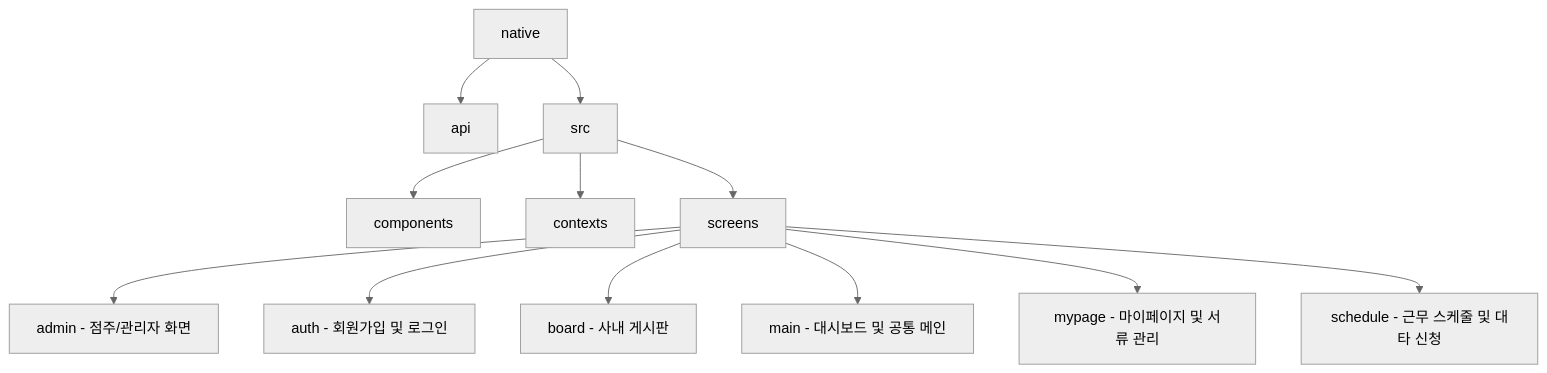
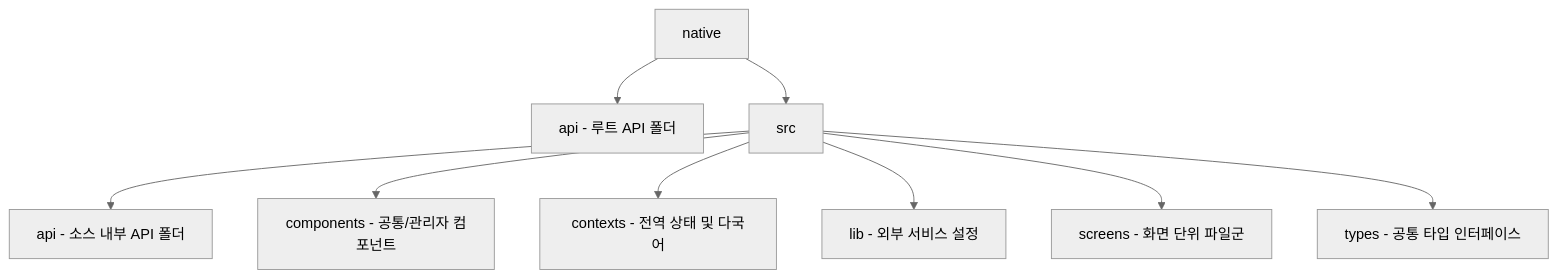
Before and after one commit to kkmin20200331-max/Team-CAL-: the diagram in native/SCREENS.md, drawn with Mermaid (neutral theme). The commit also changed other lines of this file and 1 other file, not shown here.

````diff
--- a/native/SCREENS.md
+++ b/native/SCREENS.md
@@ -9,15 +9,11 @@
 ```mermaid
 graph TD
-  native[native] --> api[api]
+  native[native] --> api[api - 루트 API 폴더]
   native --> src[src]
-  src --> components[components]
-  src --> contexts[contexts]
-  src --> screens[screens]
-  
-  screens --> admin[admin - 점주/관리자 화면]
-  screens --> auth[auth - 회원가입 및 로그인]
-  screens --> board[board - 사내 게시판]
-  screens --> main[main - 대시보드 및 공통 메인]
-  screens --> mypage[mypage - 마이페이지 및 서류 관리]
-  screens --> schedule[schedule - 근무 스케줄 및 대타 신청]
+  src --> api_src[api - 소스 내부 API 폴더]
+  src --> components[components - 공통/관리자 컴포넌트]
+  src --> contexts[contexts - 전역 상태 및 다국어]
+  src --> lib[lib - 외부 서비스 설정]
+  src --> screens[screens - 화면 단위 파일군]
+  src --> types[types - 공통 타입 인터페이스]
 ```
````
